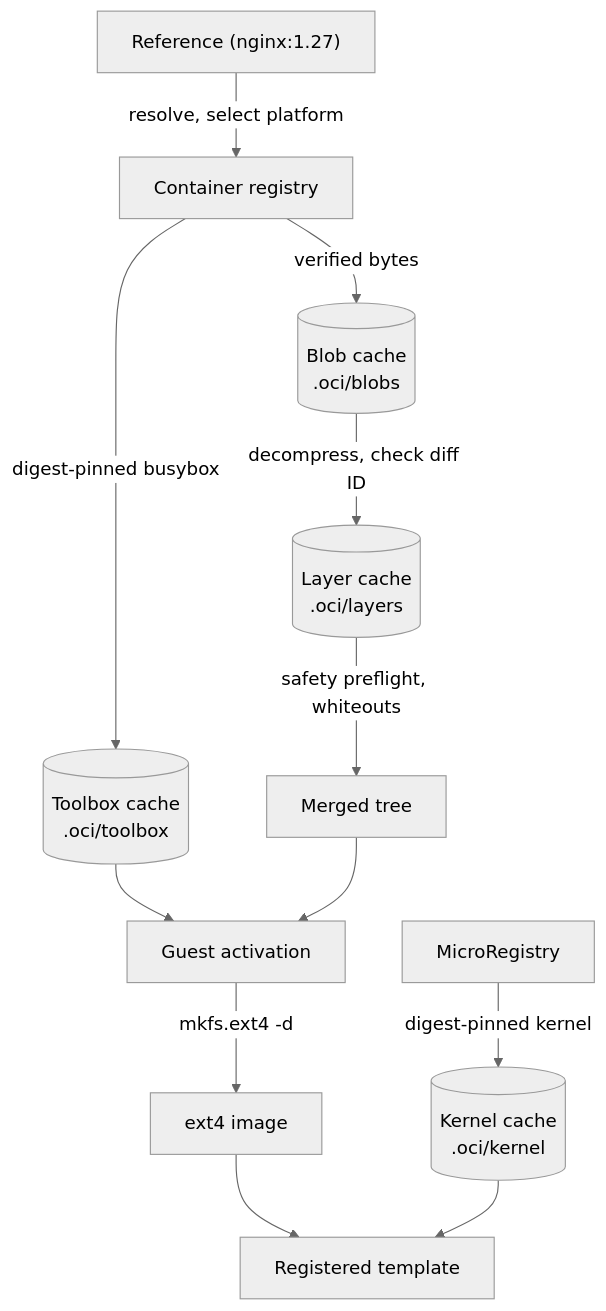
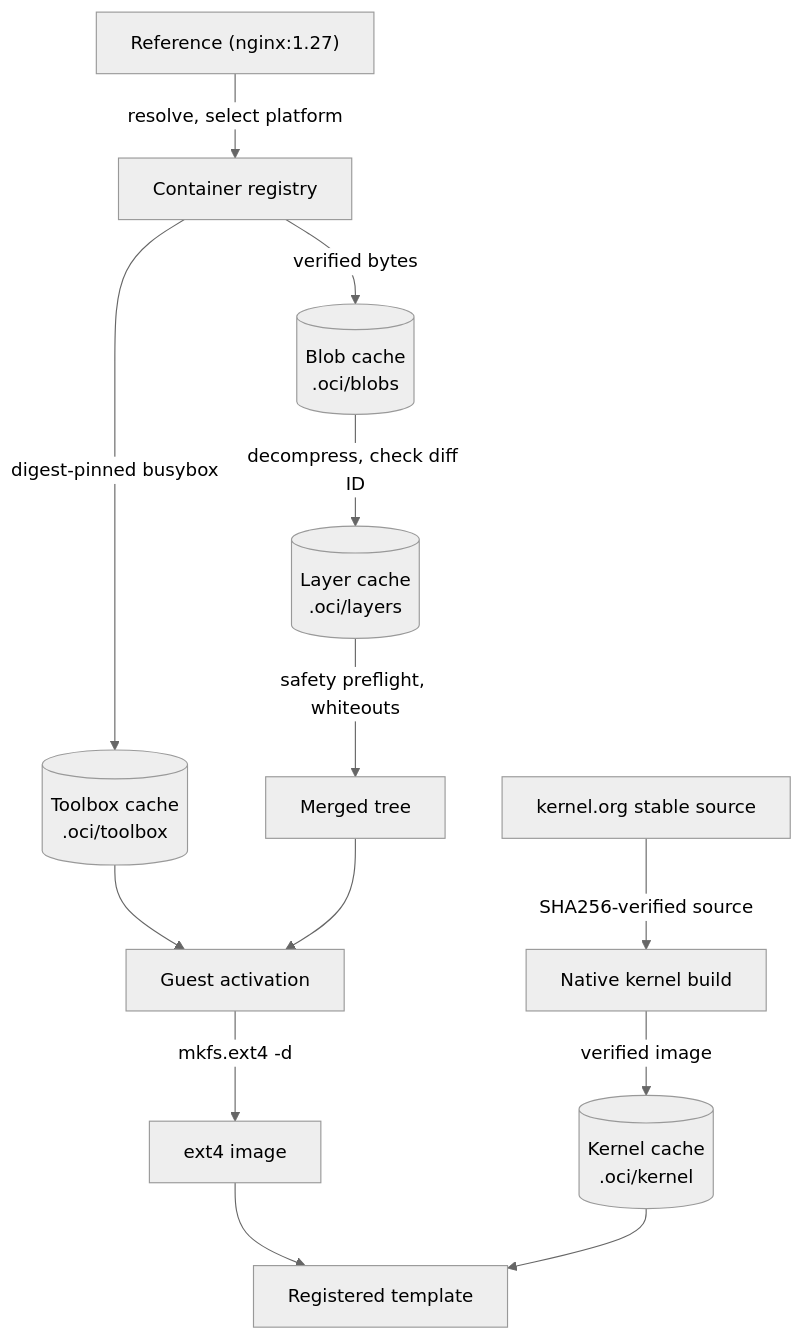
One commit to SteelCrab/firecrab changed the diagram in public-docs/reference/oci-import.md. Above: the diagram before and after it, drawn with Mermaid (neutral theme). The commit also changed other lines of this file and 20 other files, not shown here.

Commit message:
feat(kernel): build stable guest kernels on the host

````diff
--- a/public-docs/reference/oci-import.md
+++ b/public-docs/reference/oci-import.md
@@ -10,25 +10,27 @@
 ```mermaid
 flowchart TB
     Ref["Reference (nginx:1.27)"]
     Registry["Container registry"]
     Blobs[("Blob cache<br/>.oci/blobs")]
     Layers[("Layer cache<br/>.oci/layers")]
     Merge["Merged tree"]
     Toolbox[("Toolbox cache<br/>.oci/toolbox")]
     Provision["Guest activation"]
     Ext4["ext4 image"]
     Kernel[("Kernel cache<br/>.oci/kernel")]
-    MicroRegistry["MicroRegistry"]
+    KernelOrg["kernel.org stable source"]
+    Build["Native kernel build"]
     Template["Registered template"]
     Ref -->|resolve, select platform| Registry
     Registry -->|verified bytes| Blobs
     Blobs -->|decompress, check diff ID| Layers
     Layers -->|safety preflight, whiteouts| Merge
     Registry -->|digest-pinned busybox| Toolbox
     Toolbox --> Provision
     Merge --> Provision
     Provision -->|mkfs.ext4 -d| Ext4
-    MicroRegistry -->|digest-pinned kernel| Kernel
+    KernelOrg -->|SHA256-verified source| Build
+    Build -->|verified image| Kernel
     Ext4 --> Template
     Kernel --> Template
 ```
````
